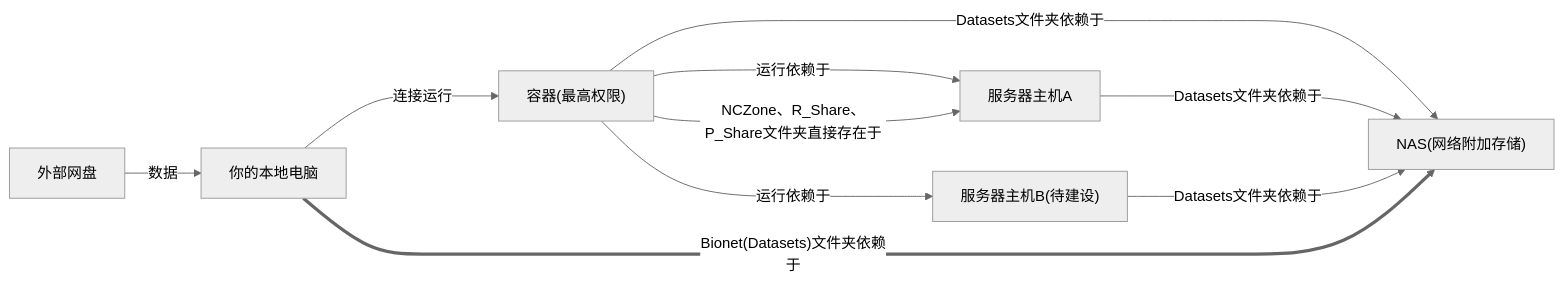
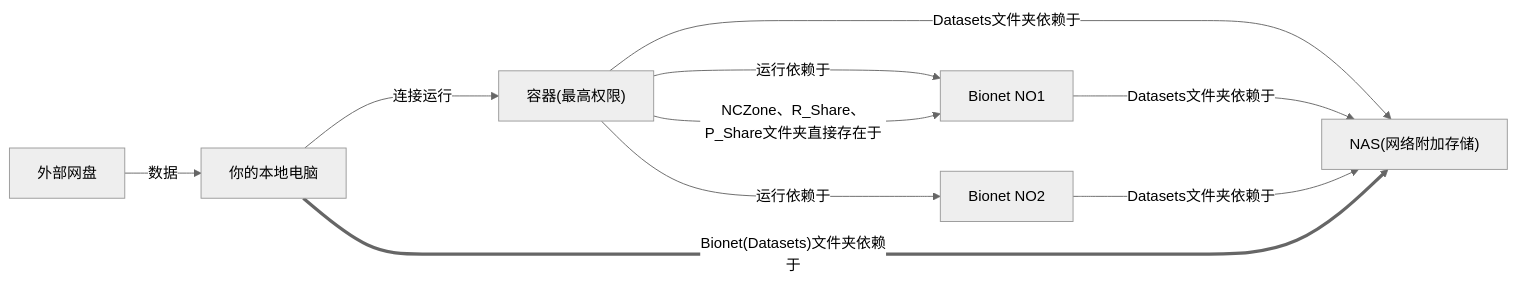
One commit to NeoNexusX/blog_dev changed the diagram in source/_posts/NAS服务器使用说明.md. Above: the diagram before and after it, drawn with Mermaid (neutral theme). The commit also changed other lines of this file and 5 other files, not shown here.

````diff
--- a/source/_posts/NAS服务器使用说明.md
+++ b/source/_posts/NAS服务器使用说明.md
@@ -147,21 +157,21 @@
 ```mermaid
 graph LR;
     A["容器(最高权限)"] 
-    B["服务器主机A"]
-    F["服务器主机B(待建设)"]
+    B["Bionet NO1"]
+    F["Bionet NO2"]
     C["NAS(网络附加存储)"]
     D["你的本地电脑"]
     E["外部网盘"]
     
     
     A--"Datasets文件夹依赖于"--->C
     A--"运行依赖于"--->B
     A--"运行依赖于"--->F
     B--"Datasets文件夹依赖于"--->C
     F--"Datasets文件夹依赖于"--->C
     A--"NCZone、R_Share、P_Share文件夹直接存在于"--->B
     D =="Bionet(Datasets)文件夹依赖于"==>C
     D--"连接运行"--->A
     E--"数据"-->D
    
 ```
````
